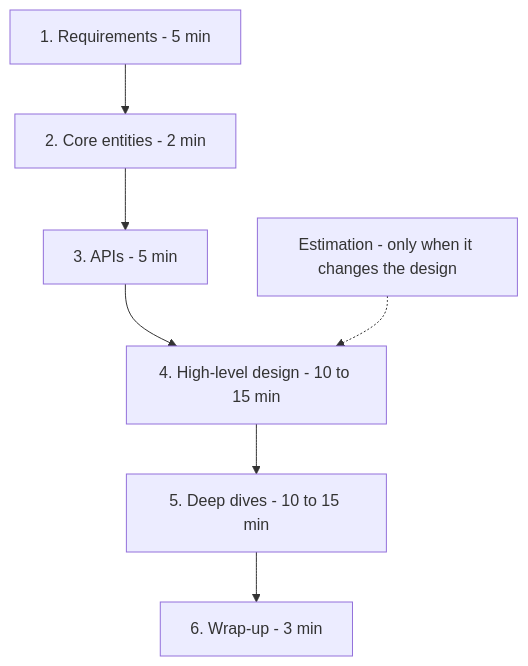
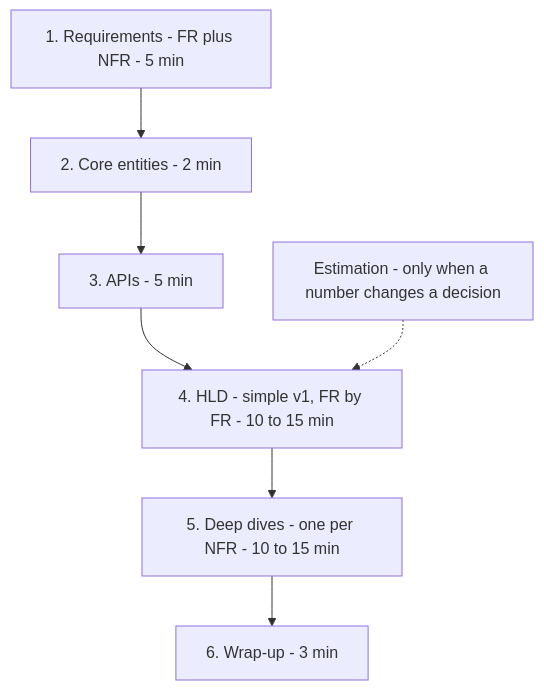
One commit to flow6979/system-design-prep changed the diagram in content-en/01-topics/00-interview-framework.md. Above: the diagram before and after it, drawn with Mermaid. The commit also changed other lines of this file and 61 other files, not shown here.

````diff
--- a/content-en/01-topics/00-interview-framework.md
+++ b/content-en/01-topics/00-interview-framework.md
@@ -16,9 +16,9 @@
 ```mermaid
 flowchart TD
-  A["1. Requirements - 5 min"] --> B["2. Core entities - 2 min"]
+  A["1. Requirements - FR plus NFR - 5 min"] --> B["2. Core entities - 2 min"]
   B --> C["3. APIs - 5 min"]
-  C --> D["4. High-level design - 10 to 15 min"]
-  D --> E["5. Deep dives - 10 to 15 min"]
+  C --> D["4. HLD - simple v1, FR by FR - 10 to 15 min"]
+  D --> E["5. Deep dives - one per NFR - 10 to 15 min"]
   E --> F["6. Wrap-up - 3 min"]
-  X["Estimation - only when it changes the design"] -.-> D
+  X["Estimation - only when a number changes a decision"] -.-> D
 ```
````
